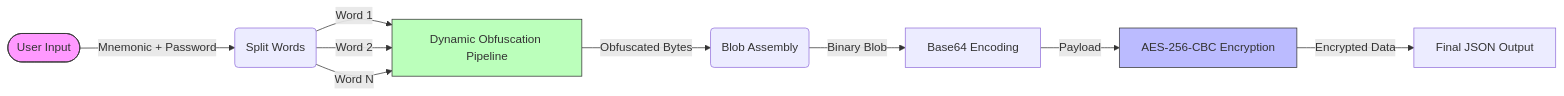
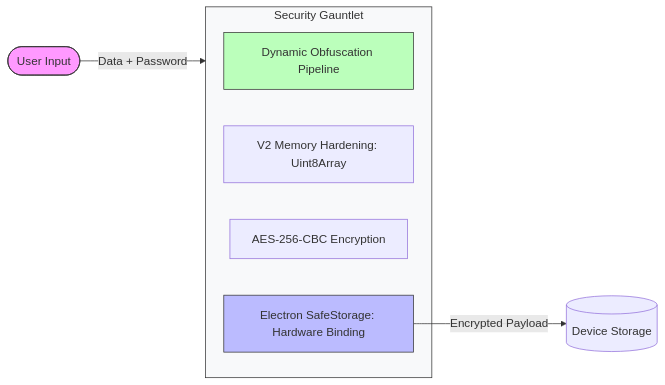
The first of 4 diagrams in DARKSTAR_ARCHITECTURE.md (Kryklin/darkstar), drawn with Mermaid before and after one commit. The commit also changed other lines of this file and 57 other files, not shown here.

````diff
--- a/DARKSTAR_ARCHITECTURE.md
+++ b/DARKSTAR_ARCHITECTURE.md
@@ -29,19 +29,18 @@
 ```mermaid
 graph LR
-    User([User Input]) -->|Mnemonic + Password| Split(Split Words)
-    Split -->|Word 1| Pipeline[Dynamic Obfuscation Pipeline]
-    Split -->|Word 2| Pipeline
-    Split -->|Word N| Pipeline
+    User([User Input]) -->|Data + Password| Layers[Multi-Layer Protection]
     
-    Pipeline -->|Obfuscated Bytes| Assembler(Blob Assembly)
-    Assembler -->|Binary Blob| Base64[Base64 Encoding]
-    Base64 -->|Payload| AES[AES-256-CBC Encryption]
-    AES -->|Encrypted Data| JSON[Final JSON Output]
-    
+    subgraph Layers [Security Gauntlet]
+        Obf[Dynamic Obfuscation Pipeline]
+        MemH[V2 Memory Hardening: Uint8Array]
+        AES[AES-256-CBC Encryption]
+        Safe[Electron SafeStorage: Hardware Binding]
+    end
+
+    Safe -->|Encrypted Payload| Storage[(Device Storage)]
+
     style User fill:#f9f,stroke:#333
-    style AES fill:#bbf,stroke:#333
-    style Pipeline fill:#bfb,stroke:#333
-    
-    %% Spacing Fixes
-    linkStyle default interpolate basis
+    style Layers fill:#f8f9fa,stroke:#333
+    style Safe fill:#bbf,stroke:#333
+    style Obf fill:#bfb,stroke:#333
 ```
````
